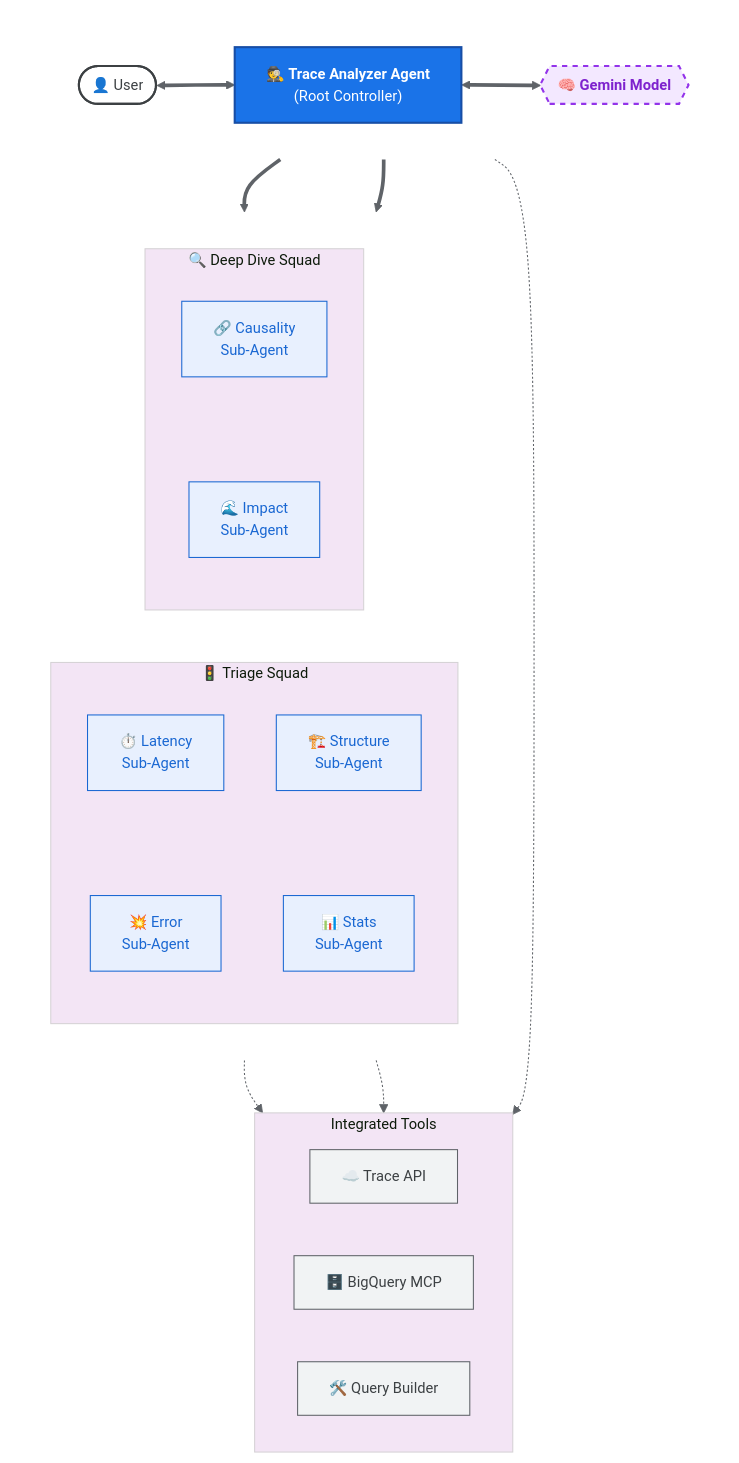
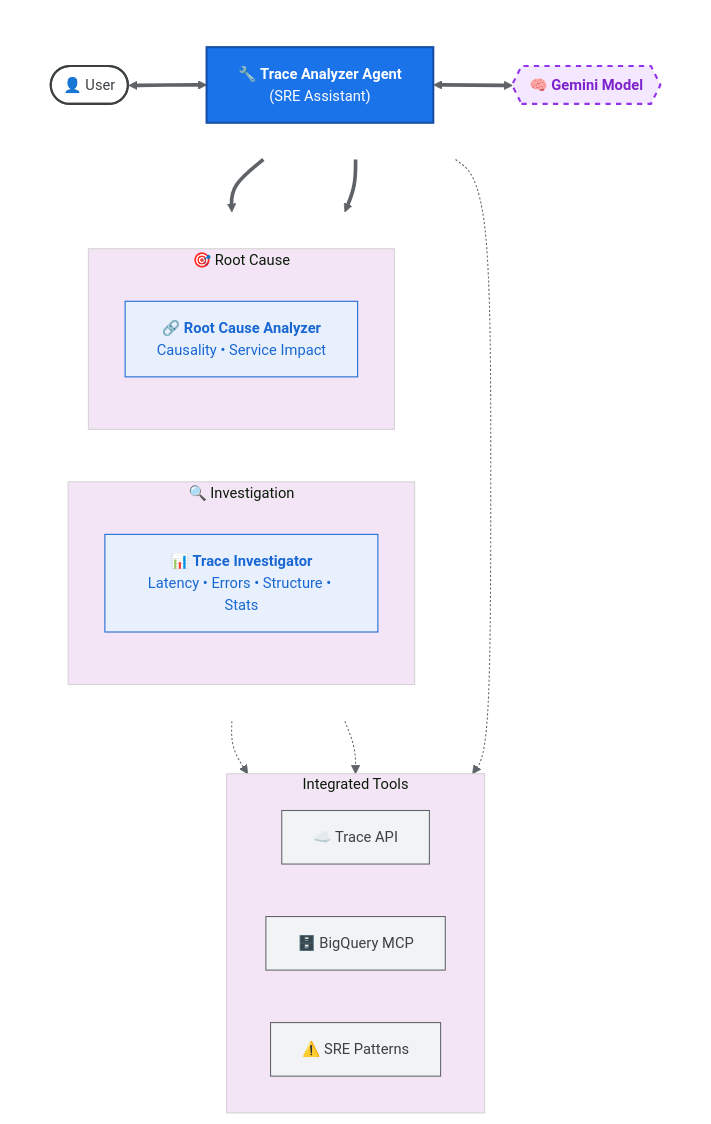
Before and after one commit to srtux/trace_analyzer: the first of 2 diagrams in README.md, drawn with Mermaid. The commit also changed other lines of this file, not shown here.

First line of the commit message:
docs: update README for simplified architecture

````diff
--- a/README.md
+++ b/README.md
@@ -79,35 +84,25 @@
     subgraph ControlRow [ ]
         direction LR
         User([👤 User])
-        Agent["🕵️ <b>Trace Analyzer Agent</b><br/>(Root Controller)"]
+        Agent["🔧 <b>Trace Analyzer Agent</b><br/>(SRE Assistant)"]
         Gemini{{"🧠 <b>Gemini Model</b>"}}
-        
+
         User <==> Agent
         Agent <==> Gemini
     end
 
-    %% --- MIDDLE ROW: SQUADS ---
-    subgraph Squads [ ]
+    %% --- MIDDLE ROW: SIMPLIFIED AGENTS ---
+    subgraph Agents [ ]
         direction LR
-        
-        subgraph Triage [🚦 Triage Squad]
+
+        subgraph Stage1 [🔍 Investigation]
             direction TB
-            L["⏱️ Latency<br/>Sub-Agent"]
-            E["💥 Error<br/>Sub-Agent"]
-            S["🏗️ Structure<br/>Sub-Agent"]
-            ST["📊 Stats<br/>Sub-Agent"]
-            
-            %% Using invisible links to maintain vertical alignment without lines
-            L ~~~ E
-            S ~~~ ST
+            TI["📊 <b>Trace Investigator</b><br/>Latency • Errors • Structure • Stats"]
         end
-        
-        subgraph DeepDive [🔍 Deep Dive Squad]
+
+        subgraph Stage2 [🎯 Root Cause]
             direction TB
-            C["🔗 Causality<br/>Sub-Agent"]
-            SI["🌊 Impact<br/>Sub-Agent"]
-            
-            C ~~~ SI
+            RC["🔗 <b>Root Cause Analyzer</b><br/>Causality • Service Impact"]
         end
     end
 
@@ -116,22 +111,22 @@
         direction LR
         TraceAPI["☁️ Trace API"]
         BQ["🗄️ BigQuery MCP"]
-        TQB["🛠️ Query Builder"]
+        SRE["⚠️ SRE Patterns"]
     end
 
     %% --- CONNECTIONS ---
-    Agent ==> Triage
-    Agent ==> DeepDive
+    Agent ==> Stage1
+    Agent ==> Stage2
 
     %% Usage Flow (Dotted)
     Agent -.-> ToolLayer
-    Triage -.-> ToolLayer
-    DeepDive -.-> ToolLayer
+    Stage1 -.-> ToolLayer
+    Stage2 -.-> ToolLayer
 
     %% --- STYLING ---
     style ControlRow fill:none,stroke:none
-    style Squads fill:none,stroke:none
-    
+    style Agents fill:none,stroke:none
+
     classDef userNode fill:#FFFFFF,stroke:#3C4043,stroke-width:2px,color:#3C4043;
     classDef agentNode fill:#1A73E8,stroke:#174EA6,stroke-width:2px,color:#FFFFFF;
     classDef brainNode fill:#F3E8FF,stroke:#9333EA,stroke-width:2px,stroke-dasharray: 5 5,color:#7E22CE;
@@ -141,6 +136,6 @@
     class User userNode;
     class Agent agentNode;
     class Gemini brainNode;
-    class L,E,S,ST,C,SI squadNode;
-    class TraceAPI,BQ,TQB toolNode;
+    class TI,RC squadNode;
+    class TraceAPI,BQ,SRE toolNode;
 ```
````
